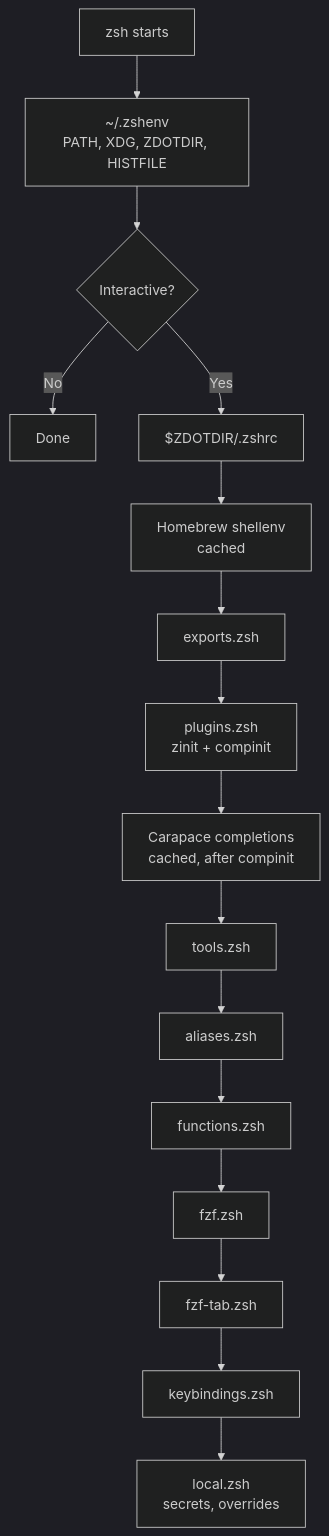
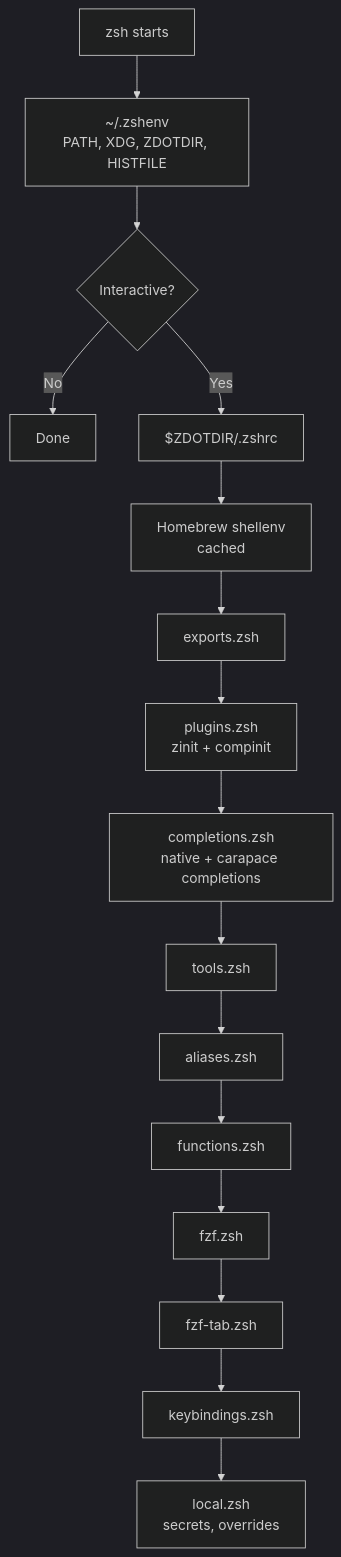
Before and after one commit to mbastakis/dotfiles: the diagram in docs/components/zsh.md, drawn with Mermaid (dark theme). The commit also changed other lines of this file and 5 other files, not shown here.

Commit message:
fix: use zsh-aware formatting and native sesh completion

````diff
--- a/docs/components/zsh.md
+++ b/docs/components/zsh.md
@@ -9,18 +9,18 @@
 ```mermaid
 flowchart TD
   A[zsh starts] --> C[~/.zshenv<br/>PATH, XDG, ZDOTDIR, HISTFILE]
   C --> B{Interactive?}
   B -->|No| X[Done]
   B -->|Yes| D[$ZDOTDIR/.zshrc]
   D --> E[Homebrew shellenv<br/>cached]
   E --> F[exports.zsh]
   F --> G[plugins.zsh<br/>zinit + compinit]
-  G --> H[Carapace completions<br/>cached, after compinit]
+  G --> H[completions.zsh<br/>native + carapace completions]
   H --> I[tools.zsh]
   I --> J[aliases.zsh]
   J --> K[functions.zsh]
   K --> L[fzf.zsh]
   L --> M[fzf-tab.zsh]
   M --> N[keybindings.zsh]
   N --> O[local.zsh<br/>secrets, overrides]
 ```
````
